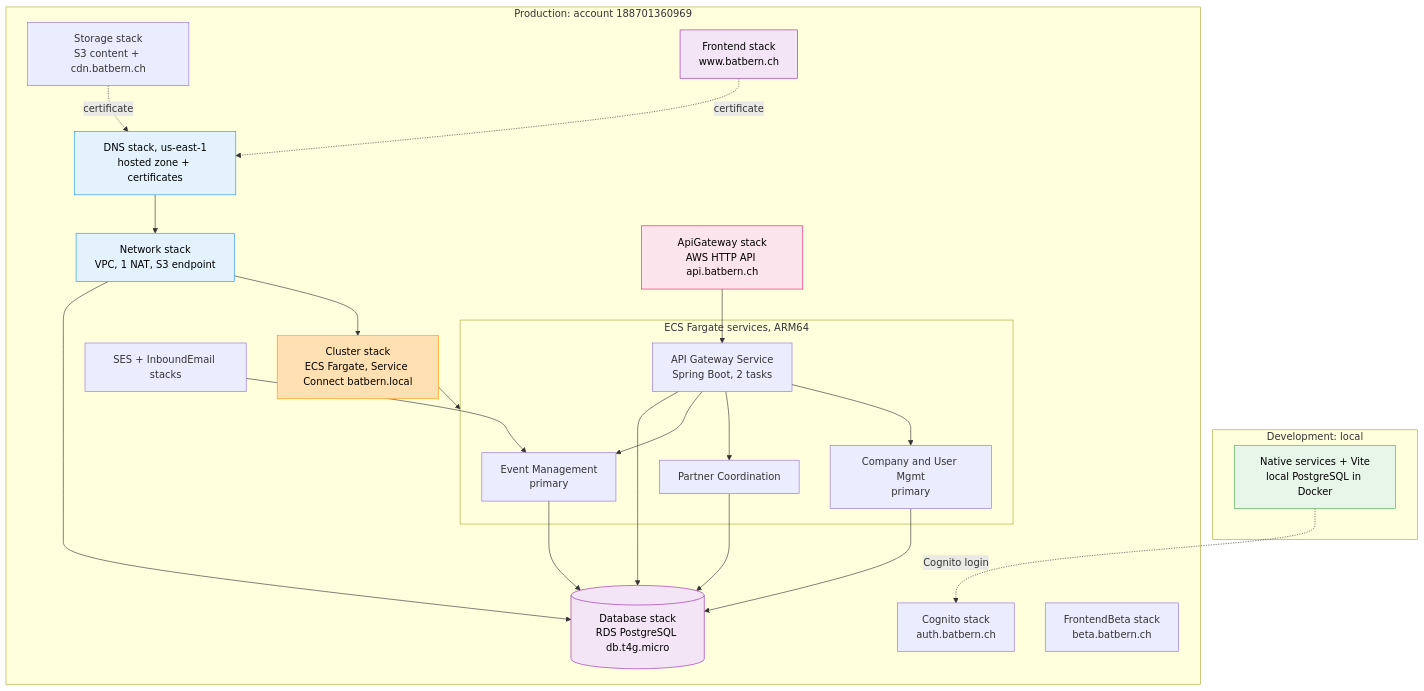
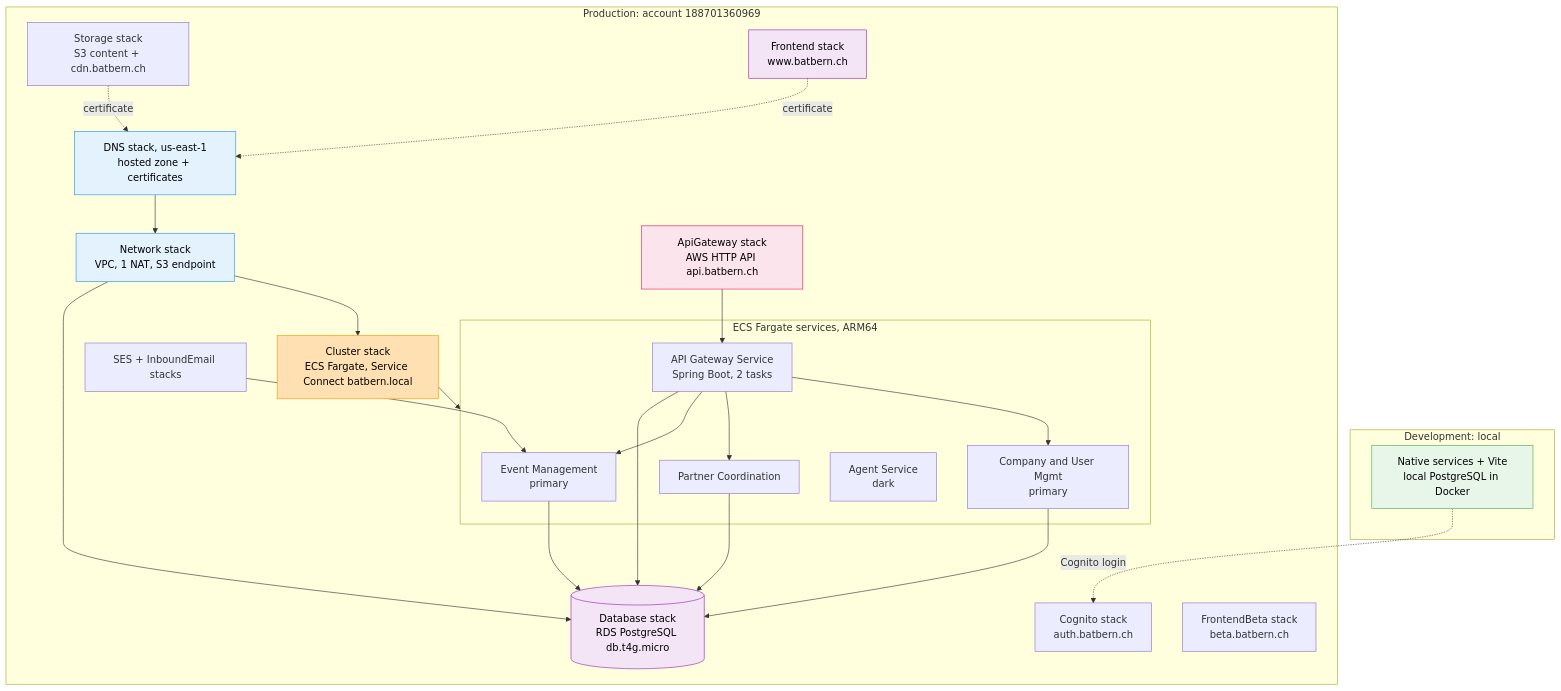
The fourth of 26 diagrams in docs/architecture/02-infrastructure-deployment.md (nissimbuchs/BATbern2), drawn with Mermaid before and after one commit. The commit also changed other lines of this file and 351 other files, not shown here.

First line of the commit message:
feat(agent-runtime): agent-service runs a gated, logged agent loop (epic 1, dark) + SES v2 forwarding fix (#1345)

````diff
--- a/docs/architecture/02-infrastructure-deployment.md
+++ b/docs/architecture/02-infrastructure-deployment.md
@@ -146,49 +146,50 @@
 ```mermaid
 graph TB
     subgraph DEVENV["Development: local"]
         DEV1["Native services + Vite<br/>local PostgreSQL in Docker"]
     end
 
     subgraph PRODENV["Production: account 188701360969"]
         DNS["DNS stack, us-east-1<br/>hosted zone + certificates"]
         NET["Network stack<br/>VPC, 1 NAT, S3 endpoint"]
         DB[("Database stack<br/>RDS PostgreSQL db.t4g.micro")]
         STOR["Storage stack<br/>S3 content + cdn.batbern.ch"]
         COG["Cognito stack<br/>auth.batbern.ch"]
         MAIL["SES + InboundEmail stacks"]
 
         CLUST["Cluster stack<br/>ECS Fargate, Service Connect batbern.local"]
 
         subgraph SVCS["ECS Fargate services, ARM64"]
             SVC1["Event Management<br/>primary"]
             SVC5["Company and User Mgmt<br/>primary"]
             SVC3["Partner Coordination"]
+            SVC6["Agent Service<br/>dark"]
             APIGW["API Gateway Service<br/>Spring Boot, 2 tasks"]
         end
 
         API["ApiGateway stack<br/>AWS HTTP API api.batbern.ch"]
         FE["Frontend stack<br/>www.batbern.ch"]
         BETA["FrontendBeta stack<br/>beta.batbern.ch"]
 
         DNS --> NET
         NET --> DB
         NET --> CLUST
         STOR -.->|"certificate"| DNS
         FE -.->|"certificate"| DNS
         CLUST --> SVCS
         SVC1 & SVC3 & SVC5 & APIGW --> DB
         API --> APIGW
         APIGW --> SVC1 & SVC3 & SVC5
         MAIL --> SVC1
     end
 
     DEV1 -.->|"Cognito login"| COG
 
     style DEV1 fill:#E8F5E9,stroke:#4CAF50,color:#000
     style DNS fill:#E3F2FD,stroke:#2196F3,color:#000
     style NET fill:#E3F2FD,stroke:#2196F3,color:#000
     style DB fill:#F3E5F5,stroke:#9C27B0,color:#000
     style CLUST fill:#FFE0B2,stroke:#FF9800,color:#000
     style API fill:#FCE4EC,stroke:#E91E63,color:#000
     style FE fill:#F3E5F5,stroke:#9C27B0,color:#000
 ```
````
